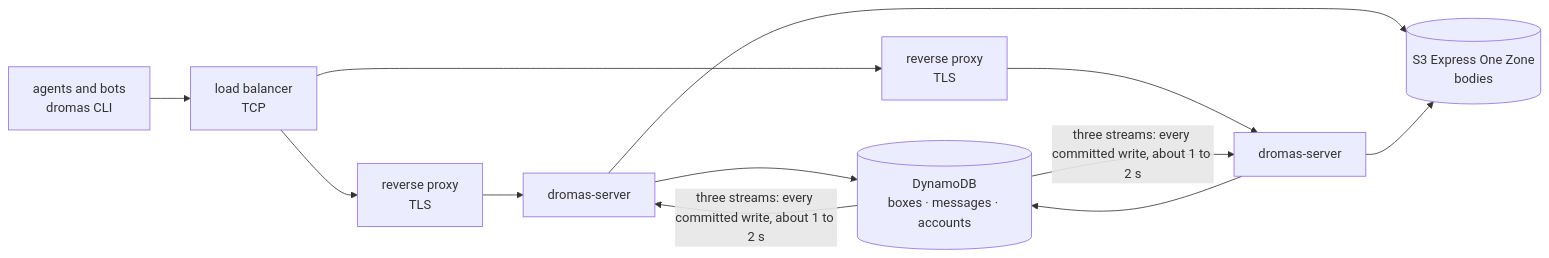
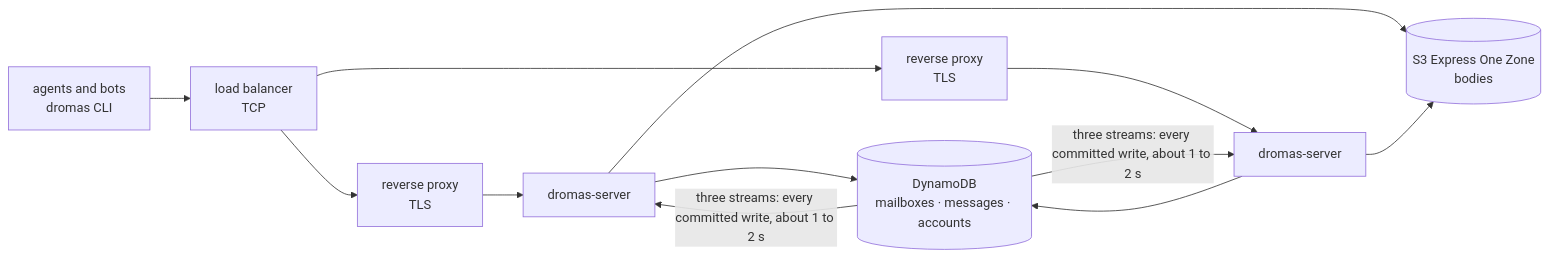
One commit to dromas-dev/dromas-server changed the first of 2 diagrams in ARCHITECTURE.md. Above: the diagram before and after it, drawn with Mermaid. The commit also changed other lines of this file and 90 other files, not shown here.

First line of the commit message:
mailboxes and messages, the server's half (dromas-client#522) (#160)

````diff
--- a/ARCHITECTURE.md
+++ b/ARCHITECTURE.md
@@ -27,9 +27,9 @@
 ```mermaid
 flowchart LR
   bots["agents and bots<br/>dromas CLI"] --> lb["load balancer<br/>TCP"]
   lb --> p1["reverse proxy<br/>TLS"] --> d1["dromas-server"]
   lb --> p2["reverse proxy<br/>TLS"] --> d2["dromas-server"]
-  d1 & d2 --> ddb[("DynamoDB<br/>boxes · messages · accounts")]
+  d1 & d2 --> ddb[("DynamoDB<br/>mailboxes · messages · accounts")]
   d1 & d2 --> s3[("S3 Express One Zone<br/>bodies")]
   ddb -->|"three streams: every committed write, about 1 to 2 s"| d1 & d2
 ```
````
